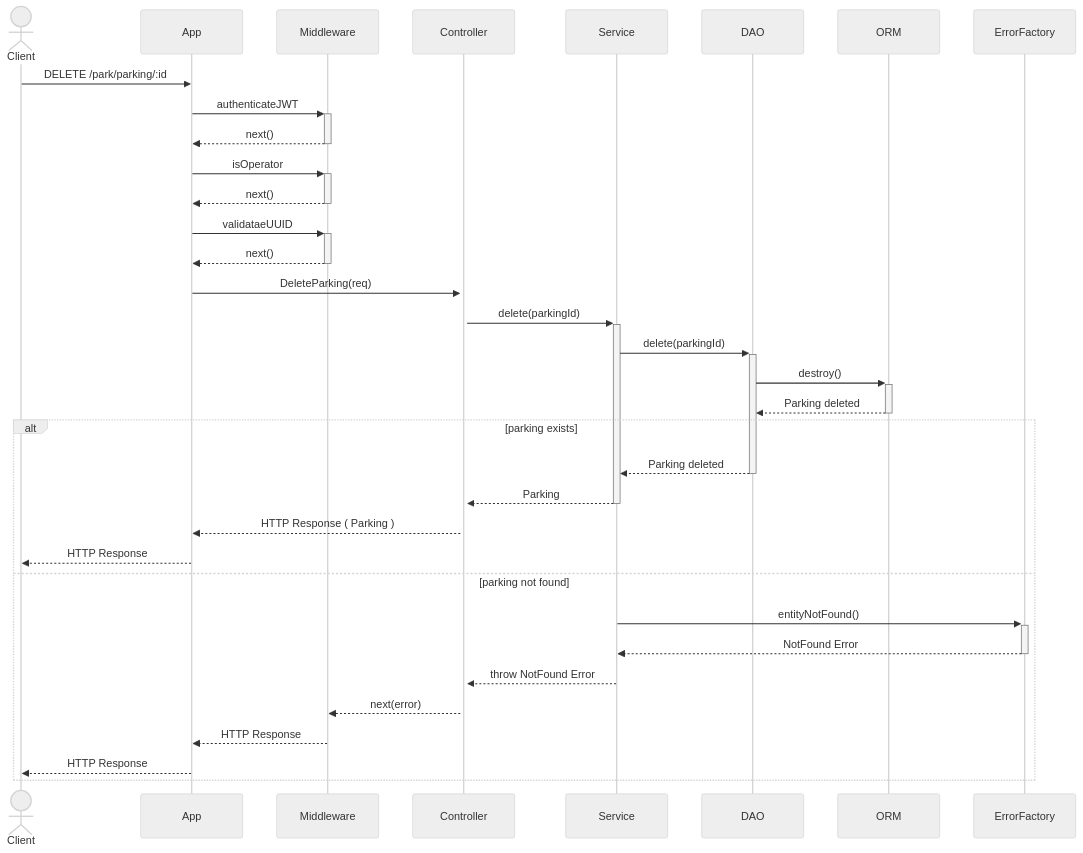
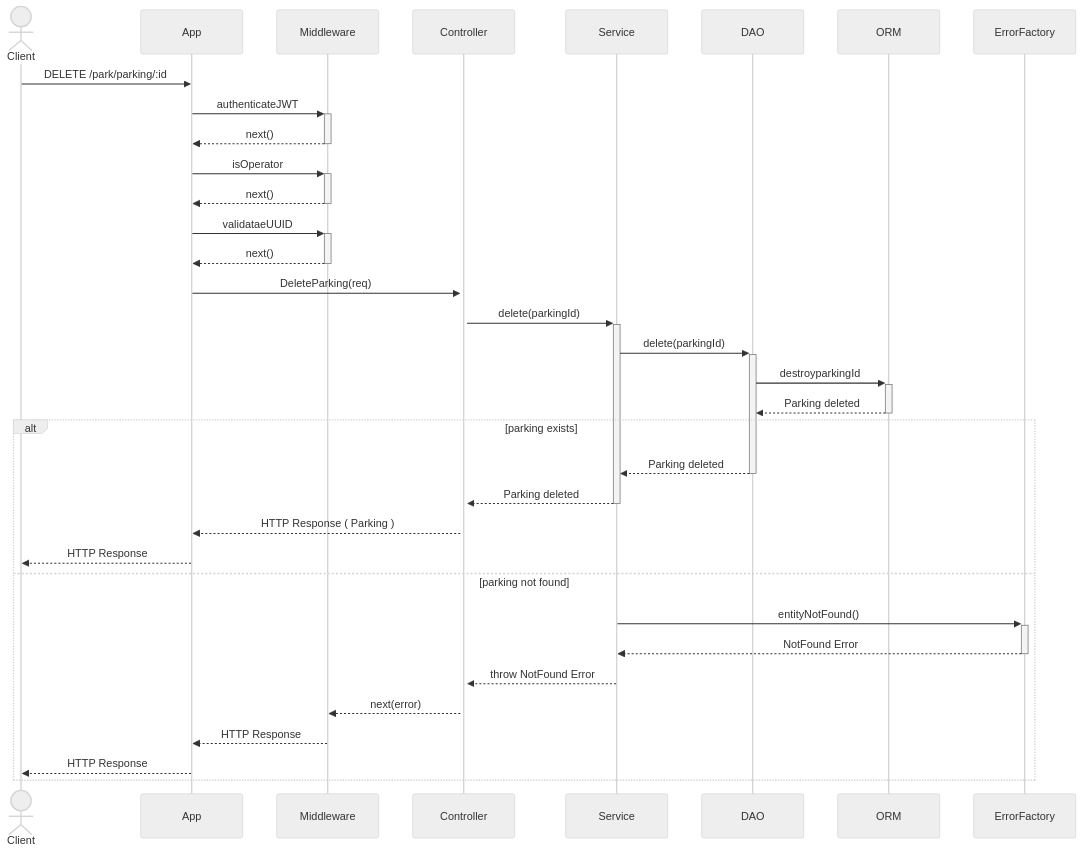
One commit to niccolociotti/parking_PA changed the sixth of 22 diagrams in README.md. Above: the diagram before and after it, drawn with Mermaid (neutral theme). The commit also changed other lines of this file, not shown here.

````diff
--- a/README.md
+++ b/README.md
@@ -468,37 +468,37 @@
 ```mermaid
 sequenceDiagram
     actor Client
     participant App
     participant Middleware
     participant Controller
     participant Service
     participant DAO
     participant ORM
     participant ErrorFactory
 
     Client->>App: DELETE /park/parking/:id
     App->>+Middleware: authenticateJWT
     Middleware-->>-App: next()
     App->>+Middleware: isOperator
     Middleware-->>-App: next()
     App->>+Middleware: validataeUUID
     Middleware-->>-App: next()
     App->>+Controller: DeleteParking(req)
     Controller->>+Service: delete(parkingId)
         Service->>+DAO: delete(parkingId)
-        DAO->>+ORM: destroy()
+        DAO->>+ORM: destroyparkingId
         ORM-->>-DAO: Parking deleted
         alt parking exists
             DAO-->>-Service: Parking deleted
-            Service-->>-Controller: Parking
+            Service-->>-Controller: Parking deleted
             Controller-->>App: HTTP Response ( Parking )
             App-->>Client: HTTP Response
             else parking not found
                 Service->>+ErrorFactory: entityNotFound()
                 ErrorFactory-->>-Service: NotFound Error
                 Service-->>Controller: throw NotFound Error
                 Controller-->>Middleware: next(error)
                 Middleware-->>App: HTTP Response
                 App-->>Client: HTTP Response
     end
 ```
````
